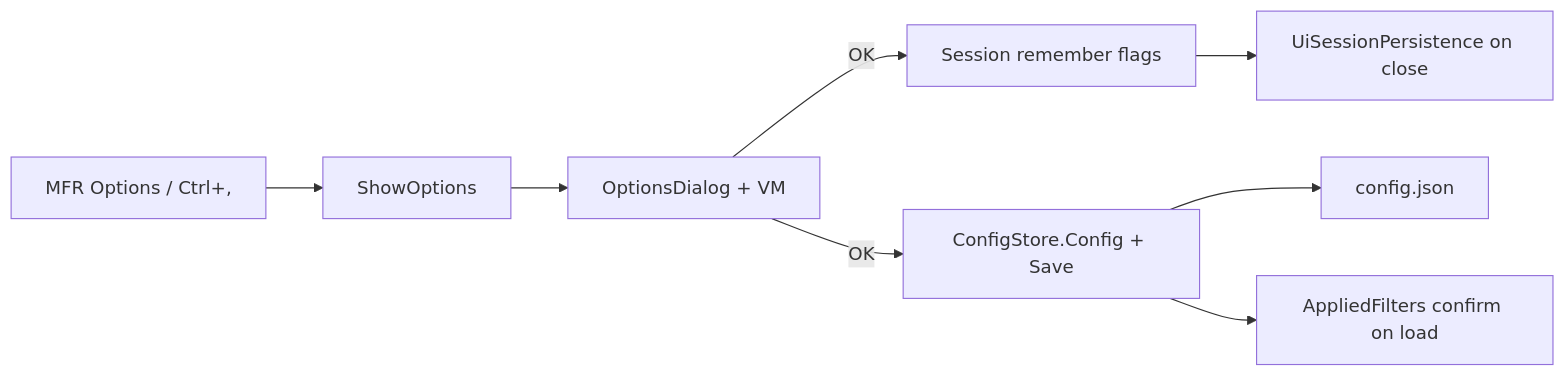
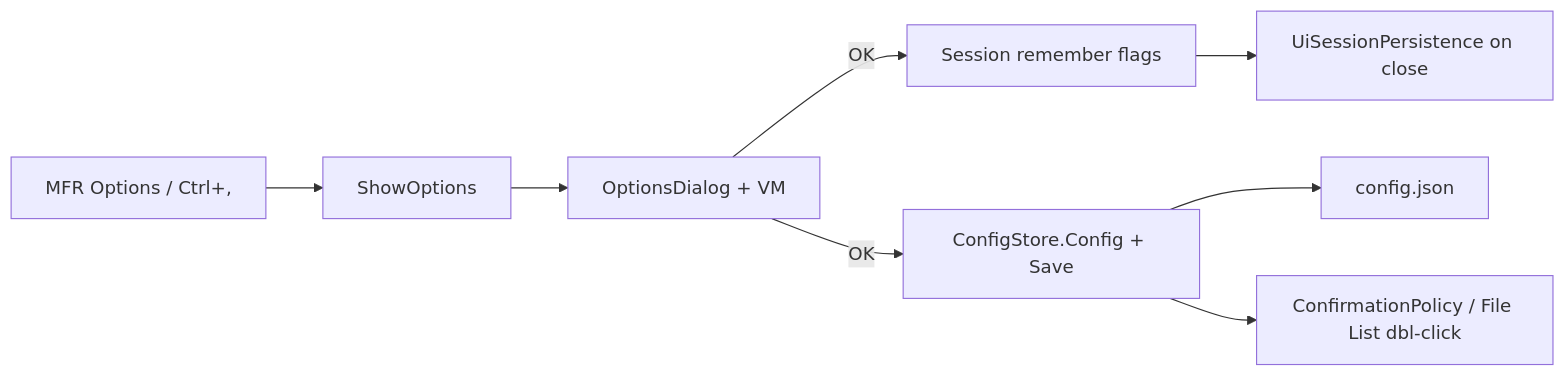
One commit to davidohana/finebytes changed the diagram in docs/plans/options-dialog.plan.md. Above: the diagram before and after it, drawn with Mermaid. The commit also changed other lines of this file and 5 other files, not shown here.

First line of the commit message:
Align Options docs with confirmation prompts and double-click.

````diff
--- a/docs/plans/options-dialog.plan.md
+++ b/docs/plans/options-dialog.plan.md
@@ -77,10 +78,10 @@
 ```mermaid
 flowchart LR
   Menu["MFR Options / Ctrl+,"] --> Show["ShowOptions"]
   Show --> Dlg["OptionsDialog + VM"]
   Dlg -->|OK| Sess["Session remember flags"]
   Dlg -->|OK| Cfg["ConfigStore.Config + Save"]
   Sess --> Close["UiSessionPersistence on close"]
   Cfg --> Json["config.json"]
-  Cfg --> Presets["AppliedFilters confirm on load"]
+  Cfg --> Prompts["ConfirmationPolicy / File List dbl-click"]
 ```
````
